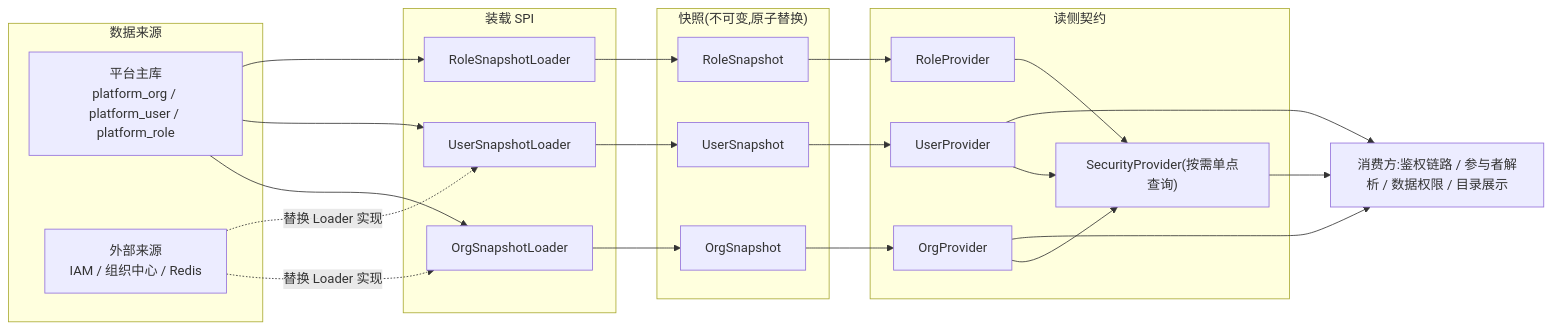
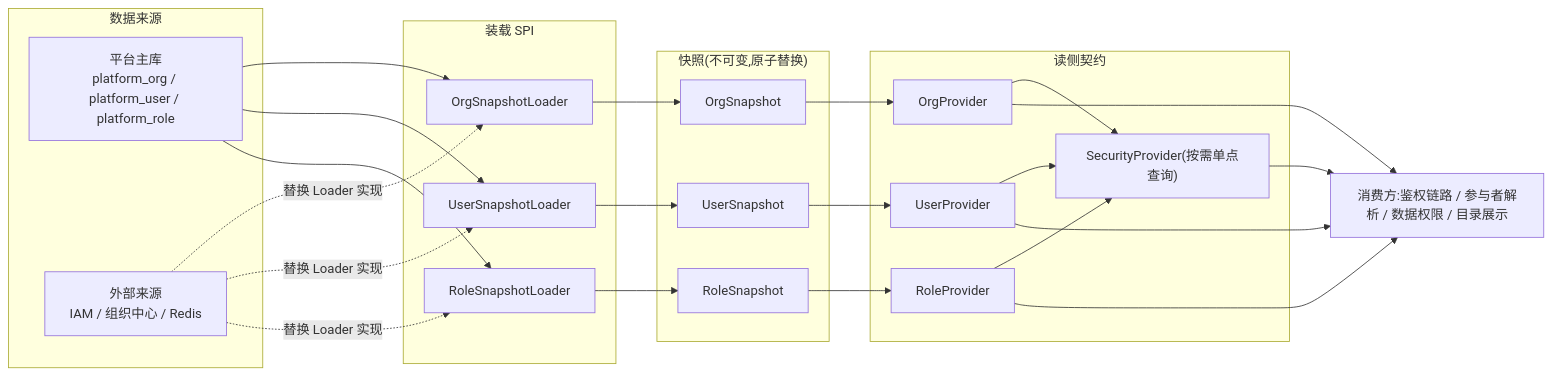
Before and after one commit to geelato-projects/geelato-community-backend: the diagram in website/official-docs/zh-cn/security/overview.md, drawn with Mermaid. The commit also changed 42 other files, not shown here.

````diff
--- a/website/official-docs/zh-cn/security/overview.md
+++ b/website/official-docs/zh-cn/security/overview.md
@@ -22,43 +22,45 @@
 ```mermaid
 flowchart LR
     subgraph Source["数据来源"]
         DB["平台主库
 platform_org / platform_user / platform_role"]
         EXT["外部来源
 IAM / 组织中心 / Redis"]
     end
     subgraph Load["装载 SPI"]
         L1["OrgSnapshotLoader"]
         L2["UserSnapshotLoader"]
         L3["RoleSnapshotLoader"]
     end
     subgraph Snap["快照(不可变,原子替换)"]
         S1["OrgSnapshot"]
         S2["UserSnapshot"]
         S3["RoleSnapshot"]
     end
     subgraph Read["读侧契约"]
         P1["OrgProvider"]
         P2["UserProvider"]
         P3["RoleProvider"]
         P4["SecurityProvider(按需单点查询)"]
     end
     C["消费方:鉴权链路 / 参与者解析 / 数据权限 / 目录展示"]
     DB --> L1
     DB --> L2
     DB --> L3
     EXT -. 替换 Loader 实现 .-> L1
     EXT -. 替换 Loader 实现 .-> L2
+    EXT -. 替换 Loader 实现 .-> L3
     L1 --> S1
     L2 --> S2
     L3 --> S3
     S1 --> P1
     S2 --> P2
     S3 --> P3
     P1 --> P4
     P2 --> P4
     P3 --> P4
     P1 --> C
     P2 --> C
+    P3 --> C
     P4 --> C
 ```
````
